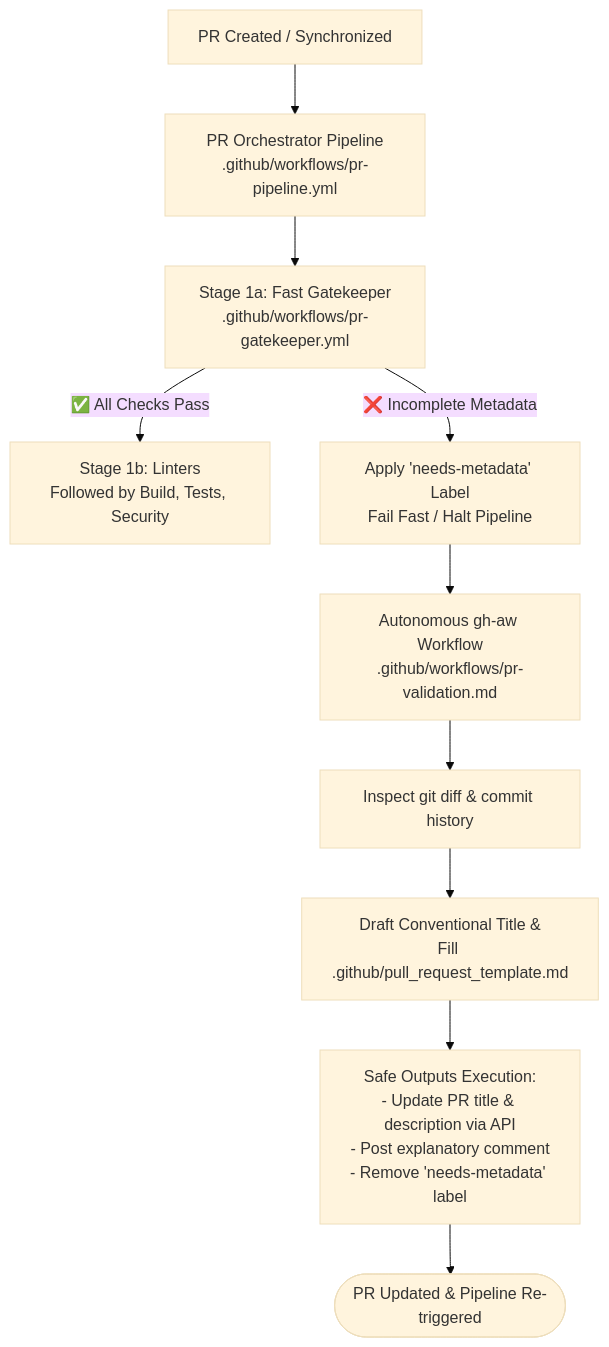
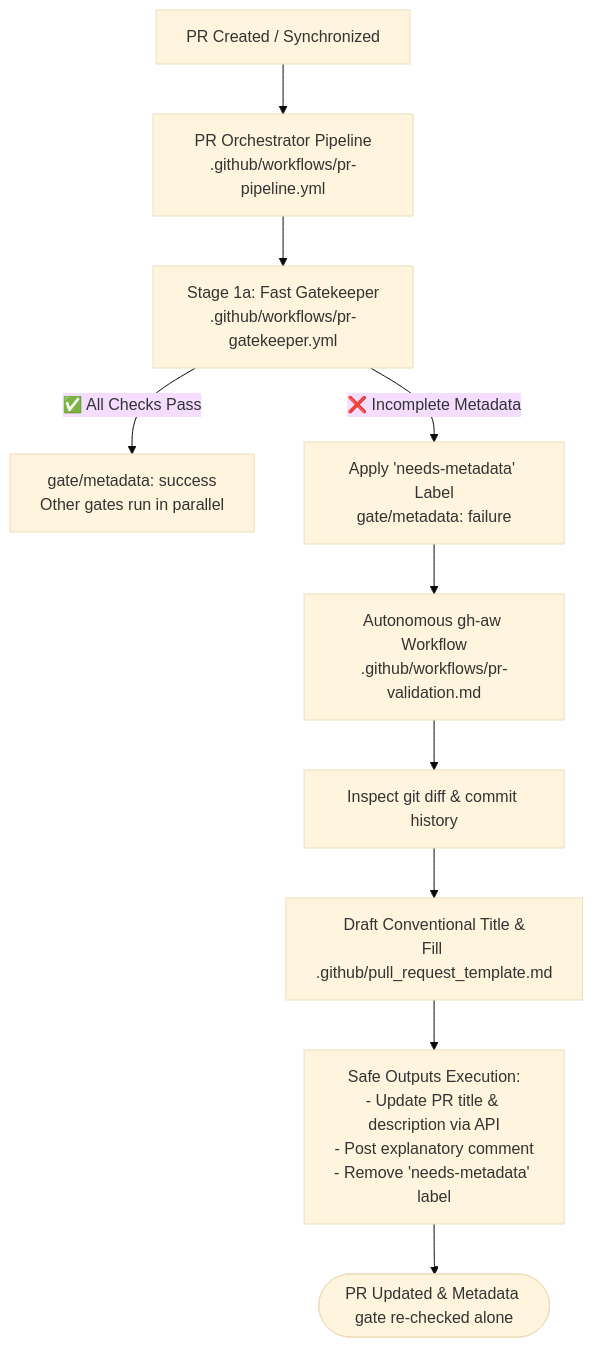
One commit to SitoaderOrg/ForgeFlow changed the diagram in docs/pr-gatekeeper-and-validation.md. Above: the diagram before and after it, drawn with Mermaid (base theme). The commit also changed other lines of this file and 28 other files, not shown here.

First line of the commit message:
feat(ci): run PR quality gates in parallel with per-gate rechecks

````diff
--- a/docs/pr-gatekeeper-and-validation.md
+++ b/docs/pr-gatekeeper-and-validation.md
@@ -9,14 +9,14 @@
 ```mermaid
 flowchart TD
     PR[PR Created / Synchronized] --> Pipeline[PR Orchestrator Pipeline\n.github/workflows/pr-pipeline.yml]
     Pipeline --> Gatekeeper[Stage 1a: Fast Gatekeeper\n.github/workflows/pr-gatekeeper.yml]
     
-    Gatekeeper -->|✅ All Checks Pass| DownstreamCI[Stage 1b: Linters\nFollowed by Build, Tests, Security]
-    Gatekeeper -->|❌ Incomplete Metadata| AddLabel[Apply 'needs-metadata' Label\nFail Fast / Halt Pipeline]
+    Gatekeeper -->|✅ All Checks Pass| DownstreamCI[gate/metadata: success\nOther gates run in parallel]
+    Gatekeeper -->|❌ Incomplete Metadata| AddLabel[Apply 'needs-metadata' Label\ngate/metadata: failure]
     
     AddLabel --> Assistant[Autonomous gh-aw Workflow\n.github/workflows/pr-validation.md]
     Assistant --> Analyze[Inspect git diff & commit history]
     Analyze --> Generate[Draft Conventional Title &\nFill .github/pull_request_template.md]
     Generate --> SafeOutputs[Safe Outputs Execution:\n- Update PR title & description via API\n- Post explanatory comment\n- Remove 'needs-metadata' label]
-    SafeOutputs --> Recheck([PR Updated & Pipeline Re-triggered])
+    SafeOutputs --> Recheck([PR Updated & Metadata gate re-checked alone])
 ```
````
